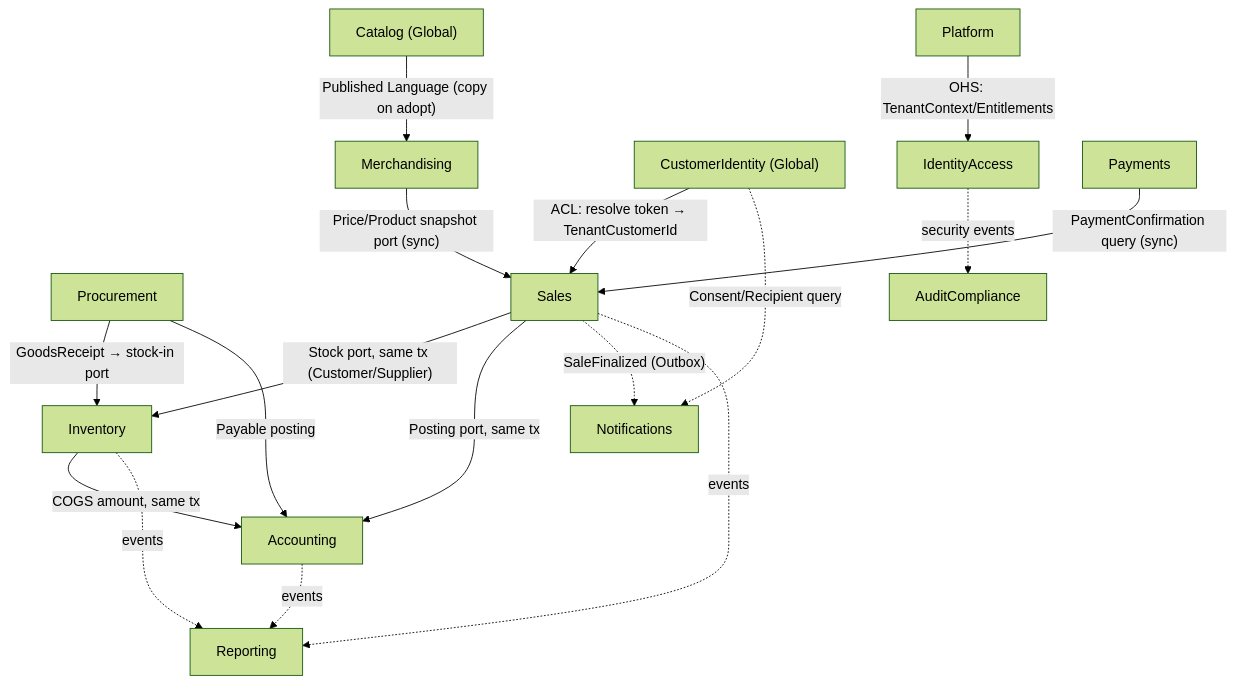
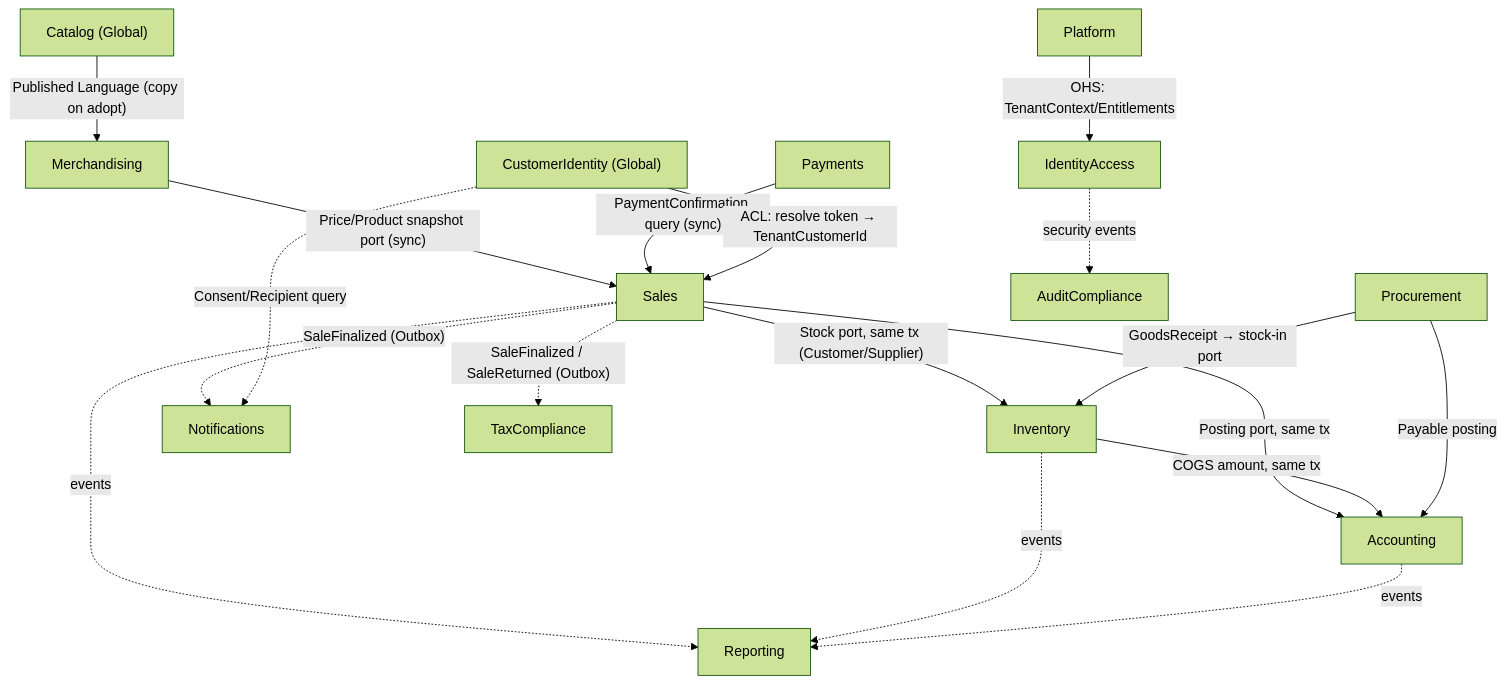
The second of 3 diagrams in docs/01-architecture/00-Architecture-Decision-Summary.md (smasoudpardis-wq/sabaddar.ir), drawn with Mermaid (forest theme) before and after one commit. The commit also changed other lines of this file and 1 other file, not shown here.

````diff
--- a/docs/01-architecture/00-Architecture-Decision-Summary.md
+++ b/docs/01-architecture/00-Architecture-Decision-Summary.md
@@ -155,33 +156,35 @@
 ```mermaid
 flowchart TB
   PLT["Platform"]
   IAM["IdentityAccess"]
   CID["CustomerIdentity (Global)"]
   CAT["Catalog (Global)"]
   MER["Merchandising"]
   INV["Inventory"]
   PRC["Procurement"]
   SAL["Sales"]
   PAY["Payments"]
   ACC["Accounting"]
   NOT["Notifications"]
   RPT["Reporting"]
   AUD["AuditCompliance"]
 
   PLT -- "OHS: TenantContext/Entitlements" --> IAM
   CAT -- "Published Language (copy on adopt)" --> MER
   MER -- "Price/Product snapshot port (sync)" --> SAL
   SAL -- "Stock port, same tx (Customer/Supplier)" --> INV
   SAL -- "Posting port, same tx" --> ACC
   INV -- "COGS amount, same tx" --> ACC
   PAY -- "PaymentConfirmation query (sync)" --> SAL
   CID -- "ACL: resolve token → TenantCustomerId" --> SAL
   PRC -- "GoodsReceipt → stock-in port" --> INV
   PRC -- "Payable posting" --> ACC
   SAL -. "SaleFinalized (Outbox)" .-> NOT
   CID -. "Consent/Recipient query" .-> NOT
   SAL -. "events" .-> RPT
   INV -. "events" .-> RPT
   ACC -. "events" .-> RPT
   IAM -. "security events" .-> AUD
+  TAX["TaxCompliance"]
+  SAL -. "SaleFinalized / SaleReturned (Outbox)" .-> TAX
 ```
````
